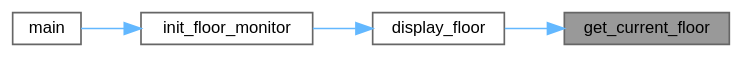
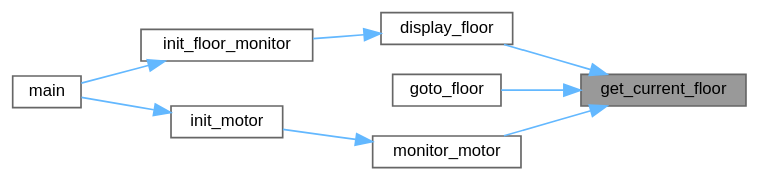
Before and after one commit to Ghaadyy/elevator-controller: the diagram in dev/floor_8h_a8a2a209f2ca5bf6690bf4f1cc44159f4_icgraph.dot, drawn with Graphviz. The commit also changed 95 other files, not shown here.

```diff
--- a/dev/floor_8h_a8a2a209f2ca5bf6690bf4f1cc44159f4_icgraph.dot
+++ b/dev/floor_8h_a8a2a209f2ca5bf6690bf4f1cc44159f4_icgraph.dot
@@ -1,15 +1,22 @@
 digraph "get_current_floor"
 {
  // LATEX_PDF_SIZE
   bgcolor="transparent";
   edge [fontname=Helvetica,fontsize=10,labelfontname=Helvetica,labelfontsize=10];
   node [fontname=Helvetica,fontsize=10,shape=box,height=0.2,width=0.4];
   rankdir="RL";
   Node1 [id="Node000001",label="get_current_floor",height=0.2,width=0.4,color="gray40", fillcolor="grey60", style="filled", fontcolor="black",tooltip="Get the current floor."];
   Node1 -> Node2 [id="edge1_Node000001_Node000002",dir="back",color="steelblue1",style="solid",tooltip=" "];
   Node2 [id="Node000002",label="display_floor",height=0.2,width=0.4,color="grey40", fillcolor="white", style="filled",URL="$floor_8c.html#ad91d36598ad3d769bd79f51d77874a95",tooltip="Task retrieves global floor state and displays it to 7-segment display."];
   Node2 -> Node3 [id="edge2_Node000002_Node000003",dir="back",color="steelblue1",style="solid",tooltip=" "];
   Node3 [id="Node000003",label="init_floor_monitor",height=0.2,width=0.4,color="grey40", fillcolor="white", style="filled",URL="$floor_8c.html#af2aa45cd3f888a21f47b3d4ae6c5bb30",tooltip="Initializes a task that monitors the floor state."];
   Node3 -> Node4 [id="edge3_Node000003_Node000004",dir="back",color="steelblue1",style="solid",tooltip=" "];
   Node4 [id="Node000004",label="main",height=0.2,width=0.4,color="grey40", fillcolor="white", style="filled",URL="$main_8c.html#acdef7a1fd863a6d3770c1268cb06add3",tooltip=" "];
+  Node1 -> Node5 [id="edge4_Node000001_Node000005",dir="back",color="steelblue1",style="solid",tooltip=" "];
+  Node5 [id="Node000005",label="goto_floor",height=0.2,width=0.4,color="grey40", fillcolor="white", style="filled",URL="$motor_8c.html#ab40a1a0f03666d43a8a07ae044c6066d",tooltip="Move the elevator to the specified floor."];
+  Node1 -> Node6 [id="edge5_Node000001_Node000006",dir="back",color="steelblue1",style="solid",tooltip=" "];
+  Node6 [id="Node000006",label="monitor_motor",height=0.2,width=0.4,color="grey40", fillcolor="white", style="filled",URL="$motor_8c.html#abe79058298b250a2532f374868df320c",tooltip="Monitors and adjusts the motor's speed and direction in real-time."];
+  Node6 -> Node7 [id="edge6_Node000006_Node000007",dir="back",color="steelblue1",style="solid",tooltip=" "];
+  Node7 [id="Node000007",label="init_motor",height=0.2,width=0.4,color="grey40", fillcolor="white", style="filled",URL="$motor_8c.html#a10f8eee1390e28e414927e87161afb6d",tooltip="Initializes the motor task but does not activate it initially."];
+  Node7 -> Node4 [id="edge7_Node000007_Node000004",dir="back",color="steelblue1",style="solid",tooltip=" "];
 }
```
